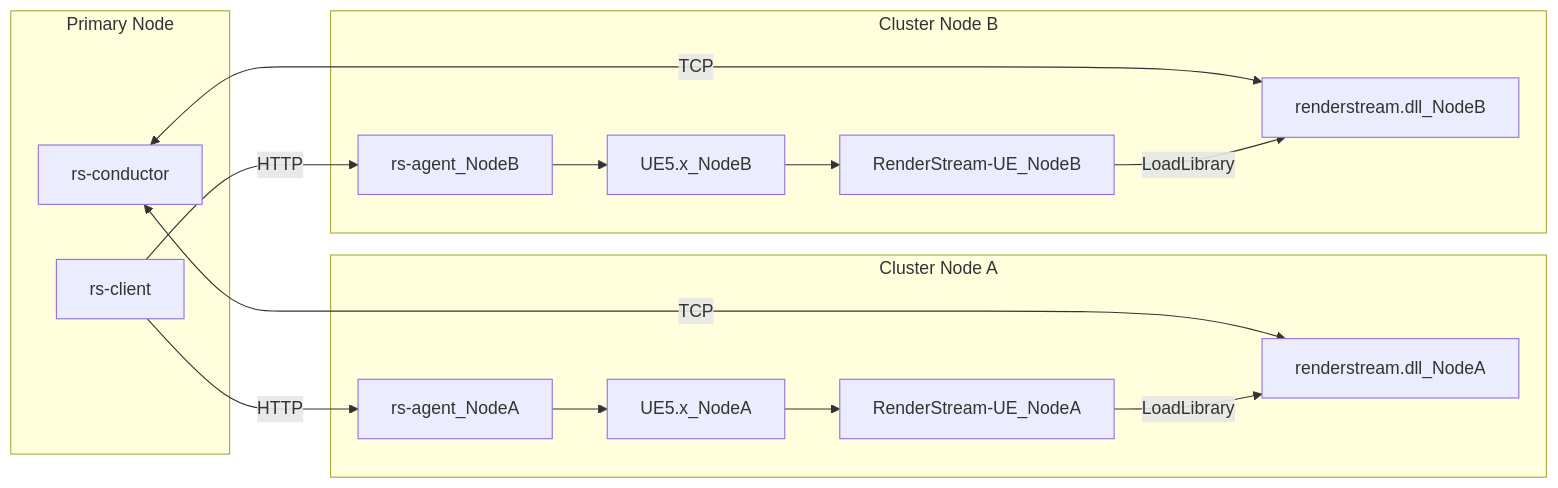
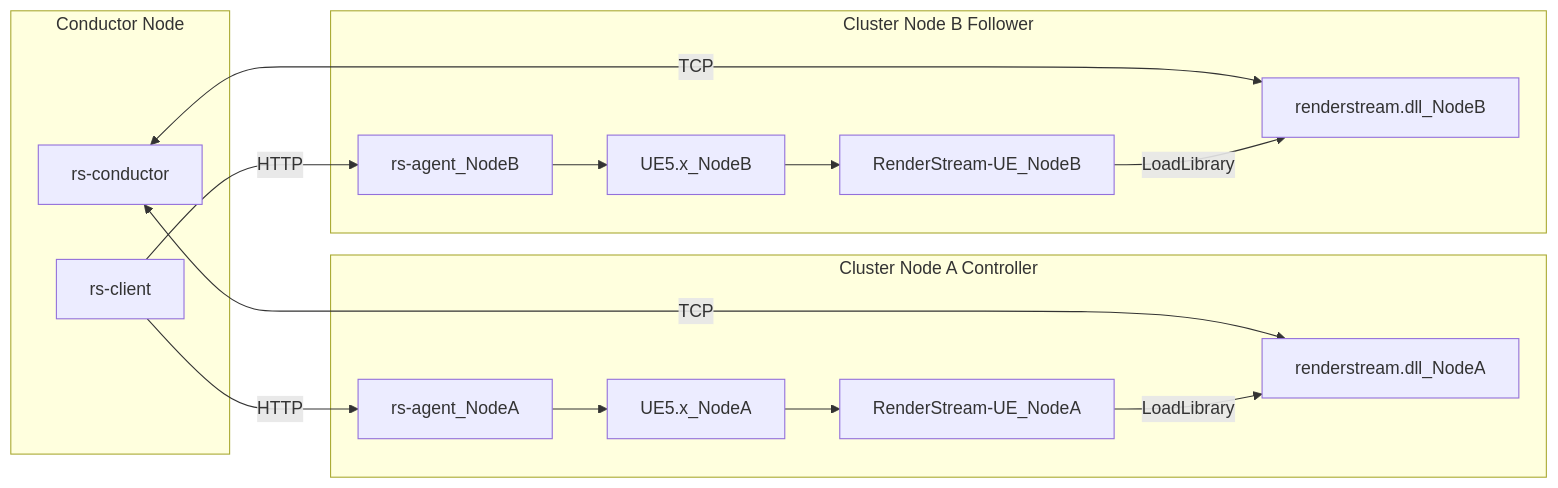
One commit to aniuzhong/RenderStream changed the diagram in README.md. Above: the diagram before and after it, drawn with Mermaid. The commit also changed other lines of this file, not shown here.

````diff
--- a/README.md
+++ b/README.md
@@ -7,34 +8,34 @@
 ```mermaid
 flowchart LR
-    subgraph Primary Node
+    subgraph Conductor Node
         rs-conductor
         rs-client
     end
 
-    subgraph Cluster Node A
+    subgraph Cluster Node A Controller
         rs-agent_NodeA
         UE5.x_NodeA
         RenderStream-UE_NodeA
         renderstream.dll_NodeA
     end
 
-    subgraph Cluster Node B
+    subgraph Cluster Node B Follower
         rs-agent_NodeB
         UE5.x_NodeB
         RenderStream-UE_NodeB
         renderstream.dll_NodeB
     end
 
 rs-client -- HTTP --> rs-agent_NodeA
 rs-conductor <-- TCP --> renderstream.dll_NodeA
 rs-client -- HTTP --> rs-agent_NodeB
 rs-conductor <-- TCP --> renderstream.dll_NodeB
 
 rs-agent_NodeA --> UE5.x_NodeA
 UE5.x_NodeA --> RenderStream-UE_NodeA
 RenderStream-UE_NodeA -- LoadLibrary --> renderstream.dll_NodeA
 
 rs-agent_NodeB --> UE5.x_NodeB
 UE5.x_NodeB --> RenderStream-UE_NodeB
 RenderStream-UE_NodeB -- LoadLibrary --> renderstream.dll_NodeB
 ```
````
